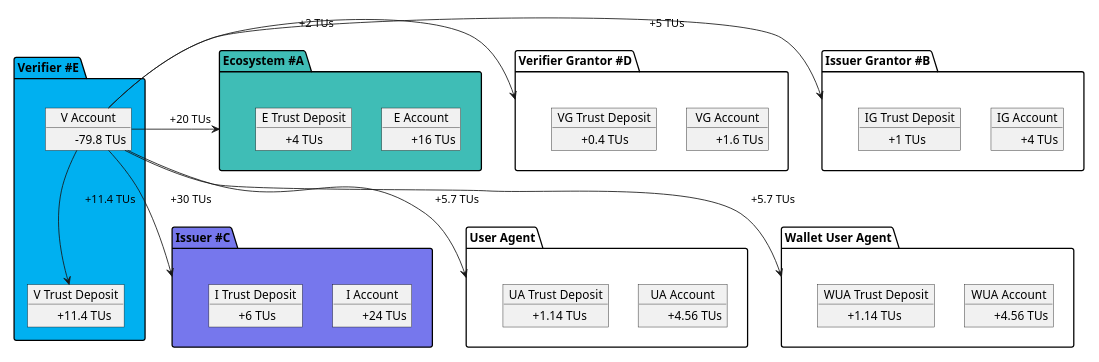
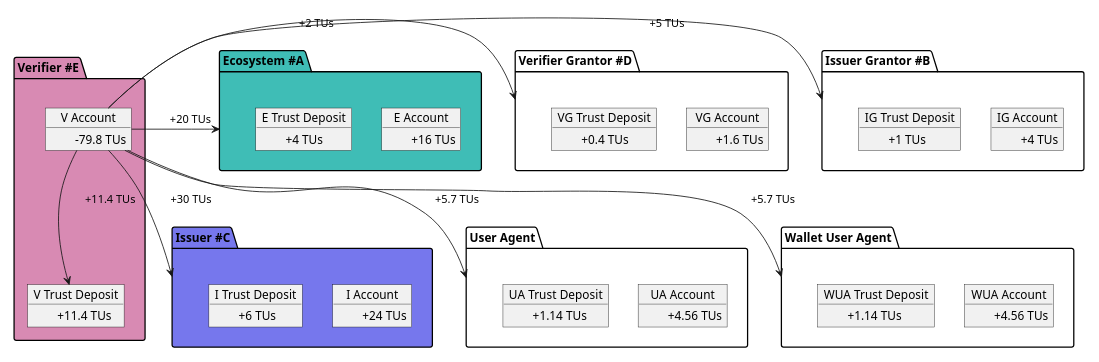
One commit to verana-labs/verana-docs changed the diagram in docs/learn/verifiable-public-registry/80-trust-deposit-and-reputation.md. Above: the diagram before and after it, drawn with PlantUML. The commit also changed 5 other files, not shown here.

```diff
--- a/docs/learn/verifiable-public-registry/80-trust-deposit-and-reputation.md
+++ b/docs/learn/verifiable-public-registry/80-trust-deposit-and-reputation.md
@@ -63,7 +63,7 @@
     }
 
 }
-package "Verifier #E" as verifier #00b0f0 {
+package "Verifier #E" as verifier #D88AB3 {
     object "V Account" as verifiera {
         \t-79.8 TUs
     }
```
